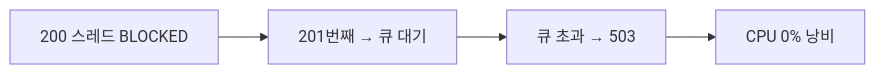
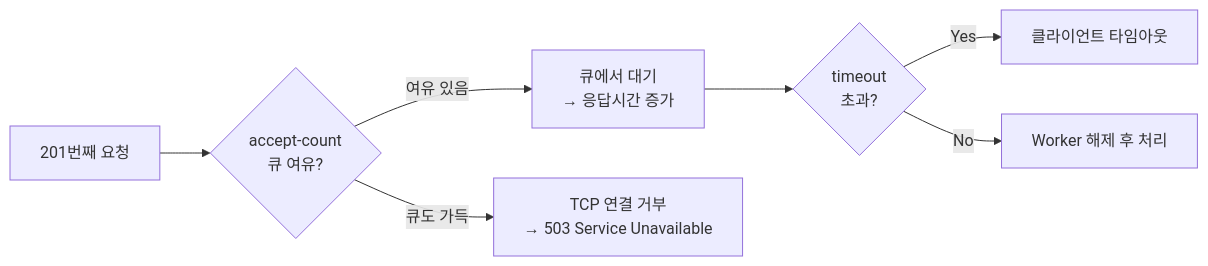
Before and after one commit to yjkim2015/yjkim2015.github.io: the third of 12 diagrams in _posts/server/2026-05-01-tomcat-vs-netty.md, drawn with Mermaid. The commit also changed other lines of this file and 1 other file, not shown here.

First line of the commit message:
Tomcat vs Netty 스레드 모델 전면 재작성 + VisualVM 추가

````diff
--- a/_posts/server/2026-05-01-tomcat-vs-netty.md
+++ b/_posts/server/2026-05-01-tomcat-vs-netty.md
@@ -64,4 +87,9 @@
 ```mermaid
 graph LR
-    A["200 스레드 BLOCKED"] --> B["201번째 → 큐 대기"] --> C["큐 초과 → 503"] --> D["CPU 0% 낭비"]
+    R201["201번째 요청"] --> Q{"accept-count\n큐 여유?"}
+    Q -->|"여유 있음"| WAIT["큐에서 대기\n→ 응답시간 증가"]
+    Q -->|"큐도 가득"| REJ["TCP 연결 거부\n→ 503 Service Unavailable"]
+    WAIT --> TO{"timeout\n초과?"}
+    TO -->|"Yes"| TTO["클라이언트 타임아웃"]
+    TO -->|"No"| PROC["Worker 해제 후 처리"]
 ```
````
